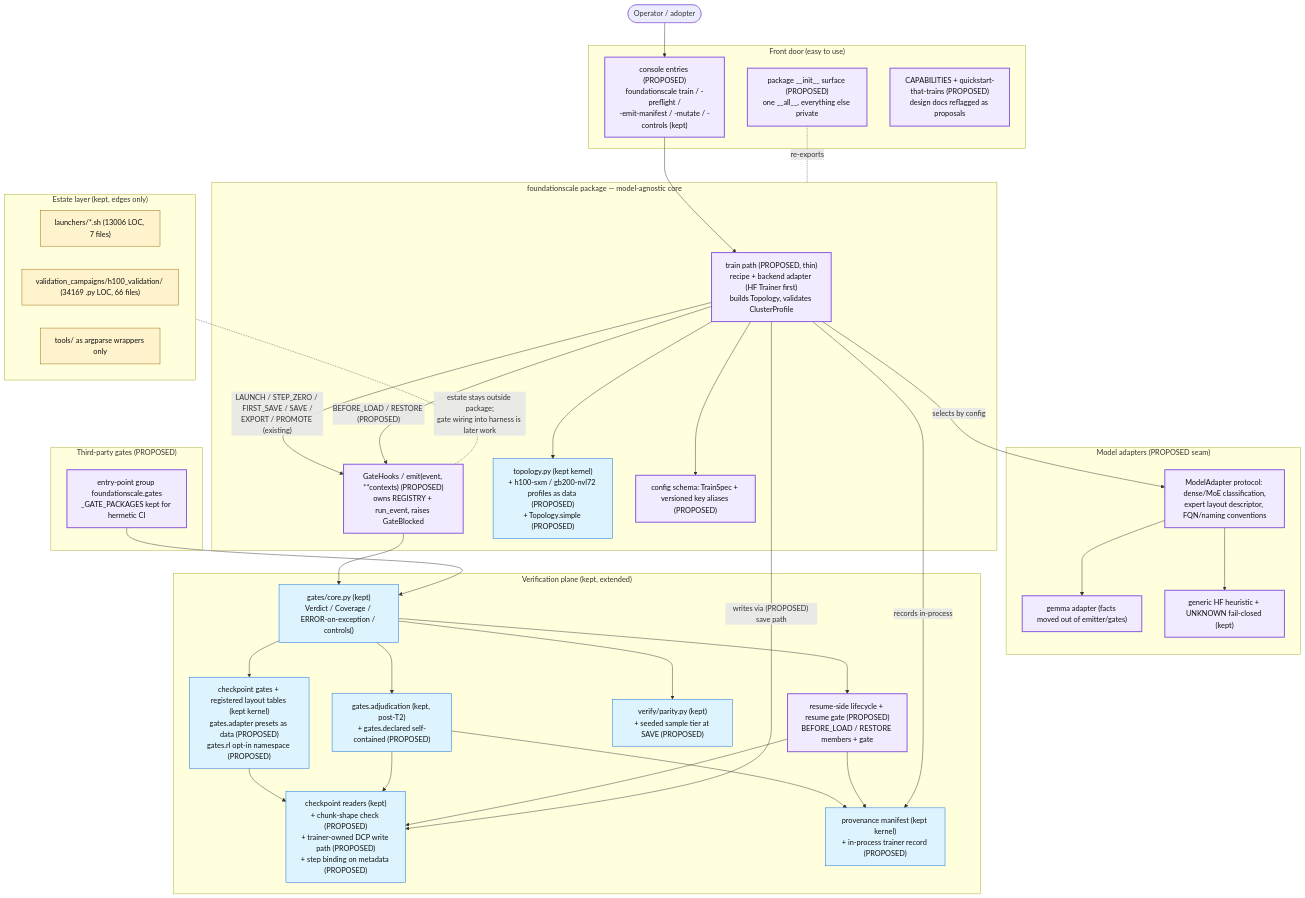
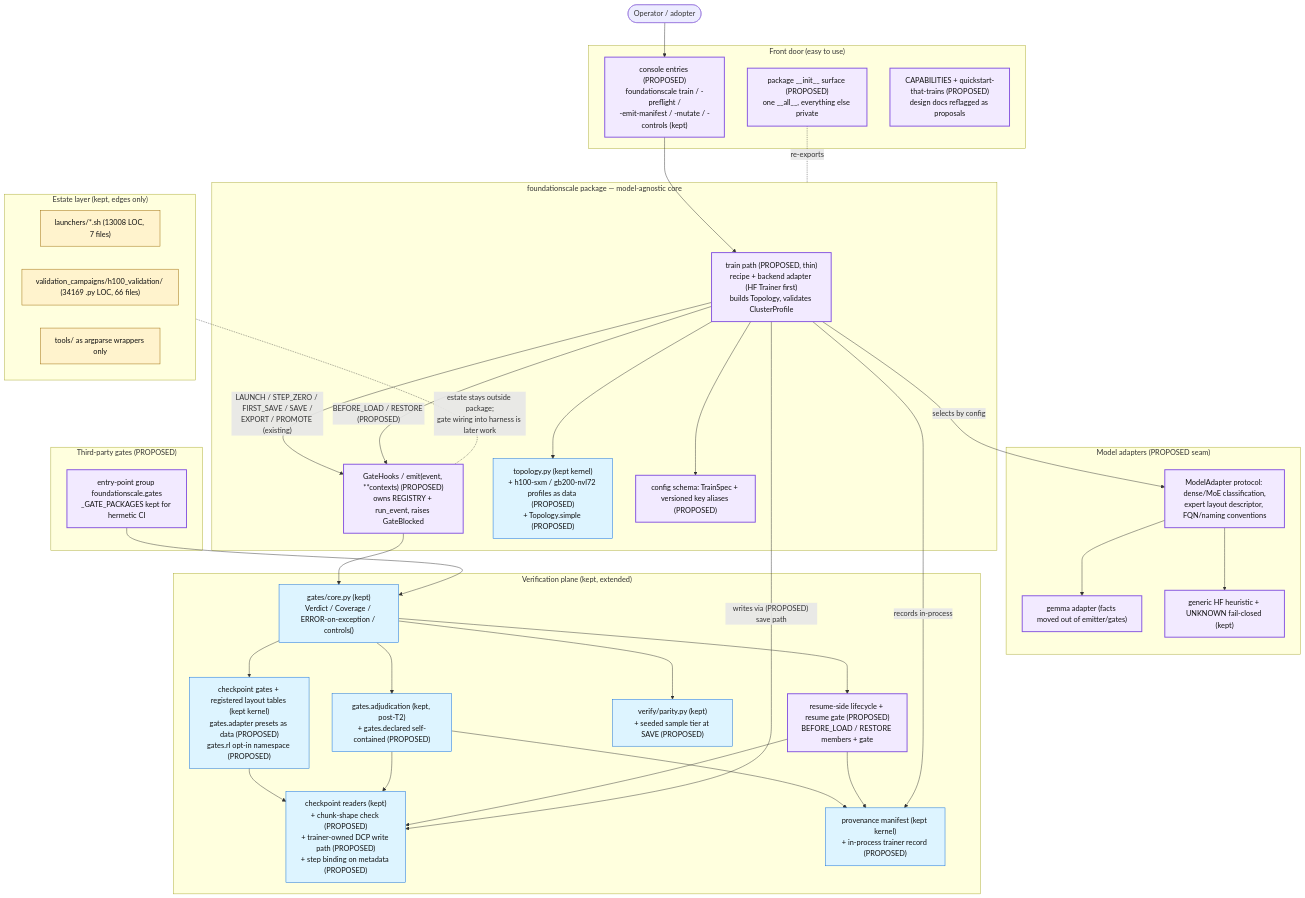
Before and after one commit to TranNhiem/FoundationScale: the diagram in docs/review/D5_proposed_architecture.md, drawn with Mermaid. The commit also changed other lines of this file and 15 other files, not shown here.

````diff
--- a/docs/review/D5_proposed_architecture.md
+++ b/docs/review/D5_proposed_architecture.md
@@ -13,74 +13,74 @@
 ```mermaid
 flowchart TB
   U(["Operator / adopter"])
 
   subgraph FRONT["Front door (easy to use)"]
     CLI["console entries (PROPOSED)<br/>foundationscale train / -preflight /<br/>-emit-manifest / -mutate / -controls (kept)"]
     SURF["package __init__ surface (PROPOSED)<br/>one __all__, everything else private"]
     DOCS["CAPABILITIES + quickstart-that-trains (PROPOSED)<br/>design docs reflagged as proposals"]
   end
 
   subgraph CORE["foundationscale package — model-agnostic core"]
     TRAIN["train path (PROPOSED, thin)<br/>recipe + backend adapter (HF Trainer first)<br/>builds Topology, validates ClusterProfile"]
     HOOKS["GateHooks / emit(event, **contexts) (PROPOSED)<br/>owns REGISTRY + run_event, raises GateBlocked"]
     TOPO["topology.py (kept kernel)<br/>+ h100-sxm / gb200-nvl72 profiles as data (PROPOSED)<br/>+ Topology.simple (PROPOSED)"]
     CONFIG["config schema: TrainSpec + versioned key aliases (PROPOSED)"]
   end
 
   subgraph ADAPT["Model adapters (PROPOSED seam)"]
     MA["ModelAdapter protocol: dense/MoE classification,<br/>expert layout descriptor, FQN/naming conventions"]
     GEM["gemma adapter (facts moved out of emitter/gates)"]
     HF["generic HF heuristic + UNKNOWN fail-closed (kept)"]
   end
 
   subgraph VERIFY["Verification plane (kept, extended)"]
     GCORE["gates/core.py (kept)<br/>Verdict / Coverage / ERROR-on-exception / controls()"]
     GCK["checkpoint gates + registered layout tables (kept kernel)<br/>gates.adapter presets as data (PROPOSED)<br/>gates.rl opt-in namespace (PROPOSED)"]
     ADJ["gates.adjudication (kept, post-T2)<br/>+ gates.declared self-contained (PROPOSED)"]
     PAR["verify/parity.py (kept)<br/>+ seeded sample tier at SAVE (PROPOSED)"]
     CKIO["checkpoint readers (kept)<br/>+ chunk-shape check (PROPOSED)<br/>+ trainer-owned DCP write path (PROPOSED)<br/>+ step binding on metadata (PROPOSED)"]
     PROV["provenance manifest (kept kernel)<br/>+ in-process trainer record (PROPOSED)"]
     RES["resume-side lifecycle + resume gate (PROPOSED)<br/>BEFORE_LOAD / RESTORE members + gate"]
   end
 
   subgraph PLUG["Third-party gates (PROPOSED)"]
     EP["entry-point group foundationscale.gates<br/>_GATE_PACKAGES kept for hermetic CI"]
   end
 
   subgraph ESTATE["Estate layer (kept, edges only)"]
-    LAU["launchers/*.sh (13006 LOC, 7 files)"]
+    LAU["launchers/*.sh (13008 LOC, 7 files)"]
     H100["validation_campaigns/h100_validation/ (34169 .py LOC, 66 files)"]
     WRAP["tools/ as argparse wrappers only"]
   end
 
   U --> CLI --> TRAIN
   SURF -. re-exports .- CORE
   TRAIN --> TOPO
   TRAIN --> CONFIG
   TRAIN -- "selects by config" --> MA
   MA --> GEM
   MA --> HF
   TRAIN -- "LAUNCH / STEP_ZERO / FIRST_SAVE / SAVE /<br/>EXPORT / PROMOTE (existing)" --> HOOKS
   TRAIN -- "BEFORE_LOAD / RESTORE (PROPOSED)" --> HOOKS
   HOOKS --> GCORE
   EP --> GCORE
   GCORE --> GCK
   GCORE --> ADJ
   GCORE --> PAR
   GCORE --> RES
   GCK --> CKIO
   ADJ --> CKIO
   ADJ --> PROV
   RES --> CKIO
   RES --> PROV
   TRAIN -- "writes via (PROPOSED) save path" --> CKIO
   TRAIN -- "records in-process" --> PROV
   ESTATE -. "estate stays outside package;<br/>gate wiring into harness is later work" .- HOOKS
 
   classDef new fill:#f2eaff,stroke:#8250df,stroke-width:2px,color:#111;
   classDef kept fill:#ddf4ff,stroke:#0969da,color:#111;
   classDef estate fill:#fff3cd,stroke:#9a6700,color:#111;
   class TRAIN,HOOKS,CLI,SURF,DOCS,MA,GEM,HF,RES,EP,CONFIG new;
   class GCORE,GCK,ADJ,PAR,CKIO,PROV,TOPO kept;
   class LAU,H100,WRAP estate;
 ```
````
